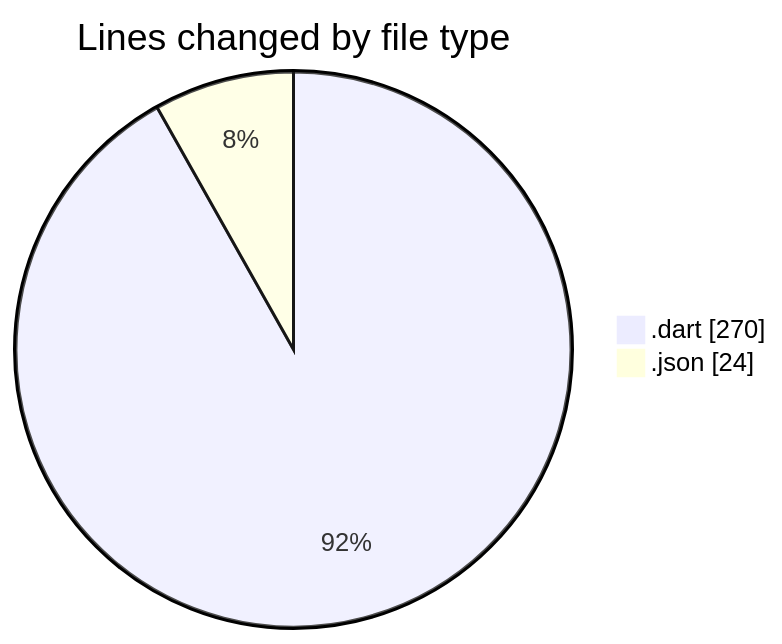
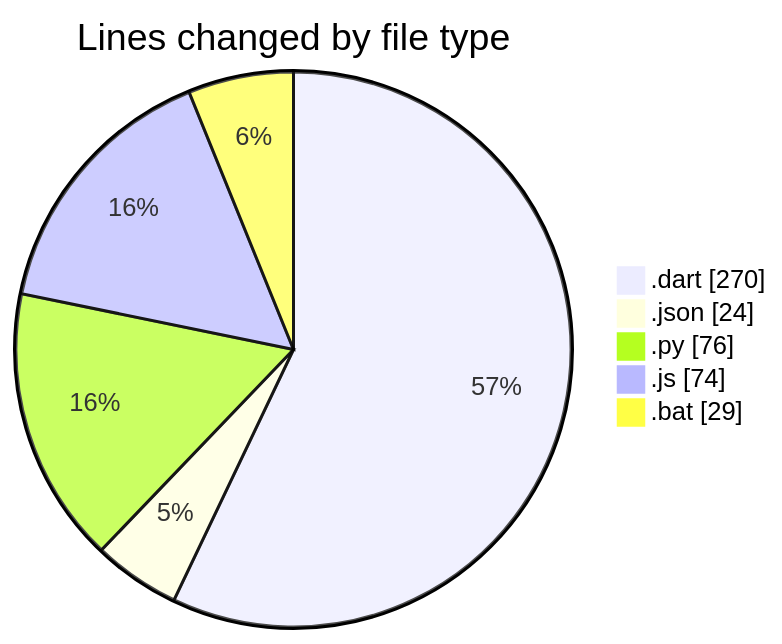
One commit to lephambinh05/code-tracking changed the first of 2 diagrams in 2025-08-04/studybuddy/README.md. Above: the diagram before and after it, drawn with Mermaid. The commit also changed other lines of this file and 1 other file, not shown here.

````diff
--- a/2025-08-04/studybuddy/README.md
+++ b/2025-08-04/studybuddy/README.md
@@ -27,6 +30,9 @@
 ```mermaid
 pie showData
 title Lines changed by file type
 ".dart" : 270
 ".json" : 24
+".py" : 76
+".js" : 74
+".bat" : 29
 ```
````
